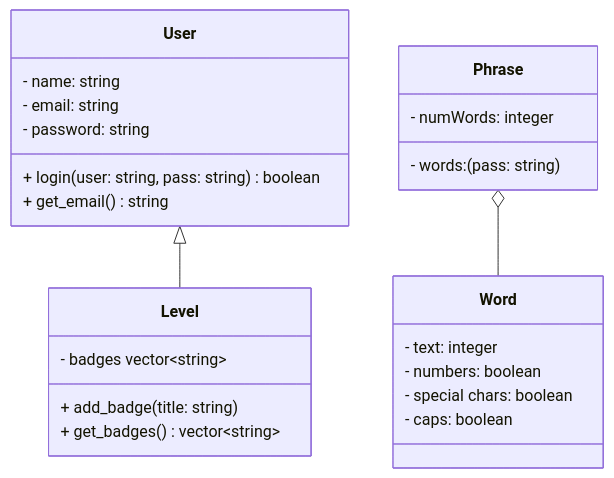
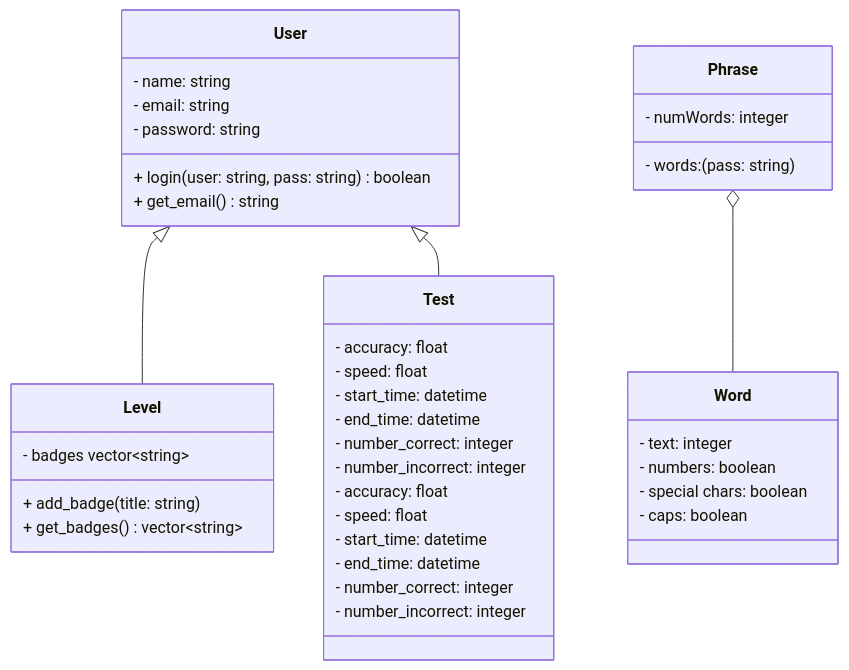
One commit to Ultramas/tippitytappity-design changed the diagram in README.md. Above: the diagram before and after it, drawn with Mermaid.

Commit message:
Update README with Test class in diagram
Added Test class to the class diagram in README.

````diff
--- a/README.md
+++ b/README.md
@@ -8,28 +8,50 @@
 ```mermaid
 classDiagram
   User <|-- Level
+  User <|-- Test
   class User{
         - name: string
         - email: string
         - password: string
         + login(user: string, pass: string) boolean
         + get_email() string
   }
   class Level{
         - badges vector~string~
         + add_badge(title: string)
         + get_badges() vector~string~
   }
 
   Phrase o-- Word
   class Phrase{
         - words: (pass: string)
         - numWords: integer
   }
   class Word{
         - text: integer
         - numbers: boolean
         - special chars: boolean
         - caps: boolean
-  }     
+  }
+
+  class Test{
+        - accuracy: float
+        - speed: float
+        - start_time: datetime
+        - end_time: datetime
+        - number_correct: integer
+        - number_incorrect: integer
+  }
+  
+  class Test{
+        - accuracy: float
+        - speed: float
+        - start_time: datetime
+        - end_time: datetime
+        - number_correct: integer
+        - number_incorrect: integer
+  }
+
+  
+
 ```
````
